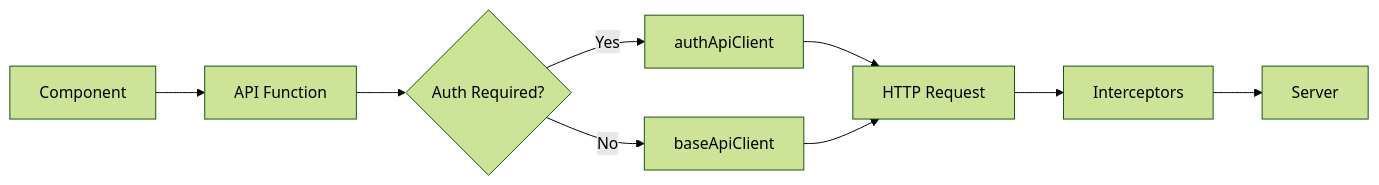
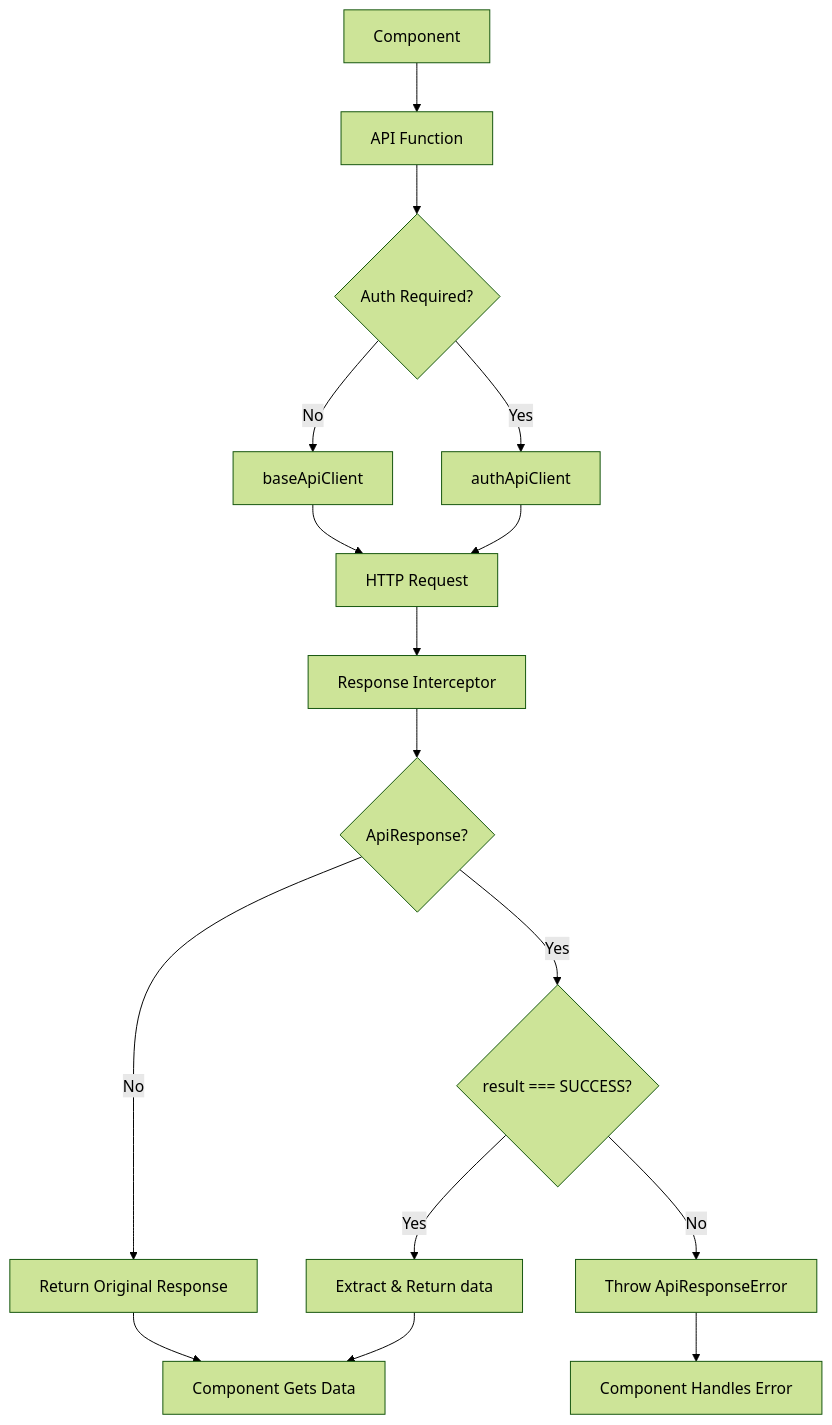
The second of 3 diagrams in docs/architecture.md (brain1401/iroom-teacher-react), drawn with Mermaid (forest theme) before and after one commit. The commit also changed other lines of this file and 2 other files, not shown here.

````diff
--- a/docs/architecture.md
+++ b/docs/architecture.md
@@ -131,11 +145,18 @@
 ```mermaid
-graph LR
+graph TD
     A[Component] --> B[API Function]
     B --> C{Auth Required?}
     C -->|Yes| D[authApiClient]
     C -->|No| E[baseApiClient]
     D --> F[HTTP Request]
     E --> F
-    F --> G[Interceptors]
-    G --> H[Server]
+    F --> G[Response Interceptor]
+    G --> H{ApiResponse<T>?}
+    H -->|Yes| I{result === SUCCESS?}
+    H -->|No| J[Return Original Response]
+    I -->|Yes| K[Extract & Return data]
+    I -->|No| L[Throw ApiResponseError]
+    K --> M[Component Gets Data]
+    L --> N[Component Handles Error]
+    J --> M
 ```
````
